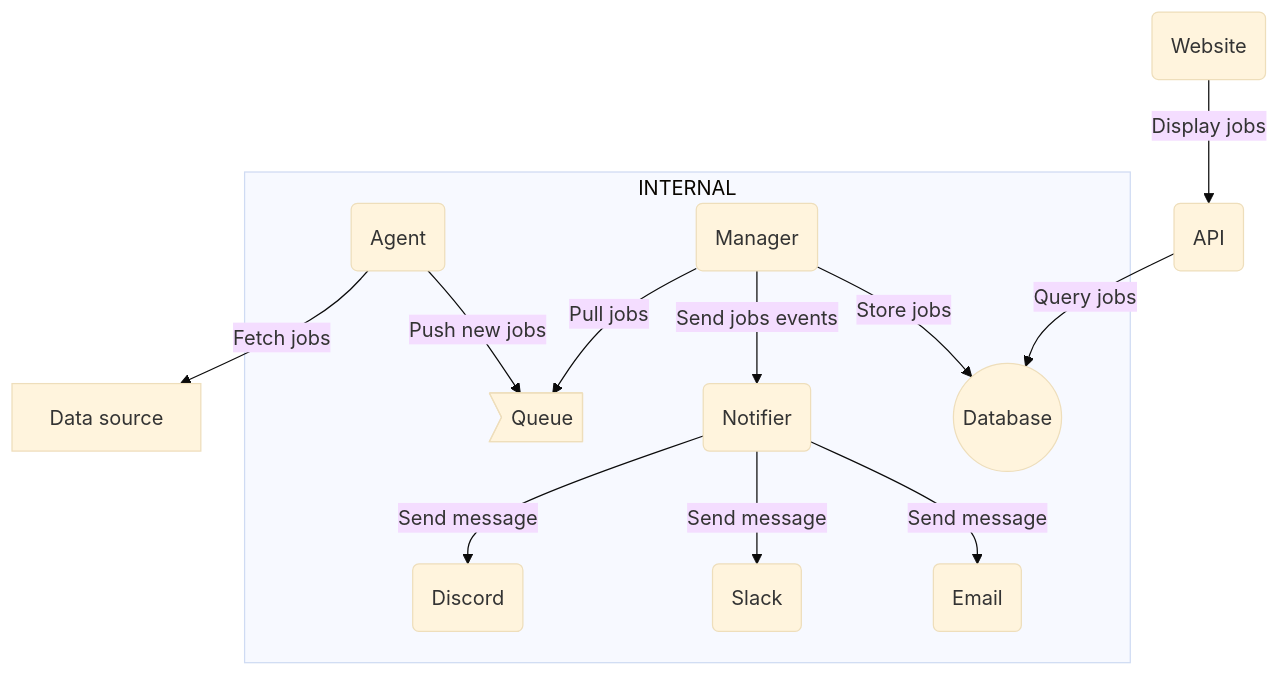
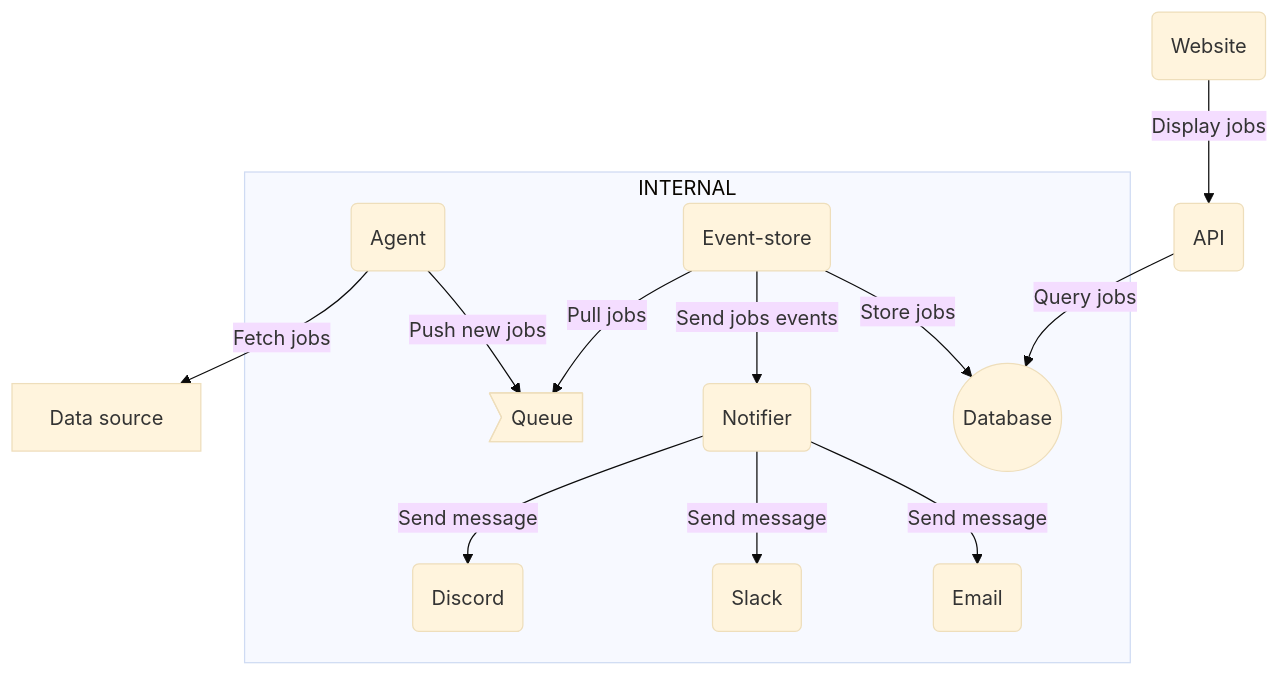
The diagram in Architecture.md (move2-it/general), drawn with Mermaid (base theme) before and after one commit.

Commit message:
Update architecture diagram: replace manager with event store (#18)

````diff
--- a/Architecture.md
+++ b/Architecture.md
@@ -3,15 +3,15 @@
 ```mermaid
   graph TB
       A(Agent) -->|Fetch jobs| B[Data source]
       subgraph INTERNAL
           A(Agent) -->|Push new jobs| C>Queue]
-          D(Manager) -->|Pull jobs| C>Queue]
-          D(Manager) -->|Send jobs events| F(Notification Service)
-          D(Manager) -->|Store jobs| E((Database))
+          D(Event-store) -->|Pull jobs| C>Queue]
+          D(Event-store) -->|Send jobs events| F(Notification Service)
+          D(Event-store) -->|Store jobs| E((Database))
           F(Notifier) -->|Send message| G(Discord)
           F(Notifier) -->|Send message| H(Slack)
           F(Notifier) -->|Send message| I(Email)
       end
           J(API) -->|Query jobs| E((Database))
           K(Website) -->|Display jobs| J(API)
 ```
````
